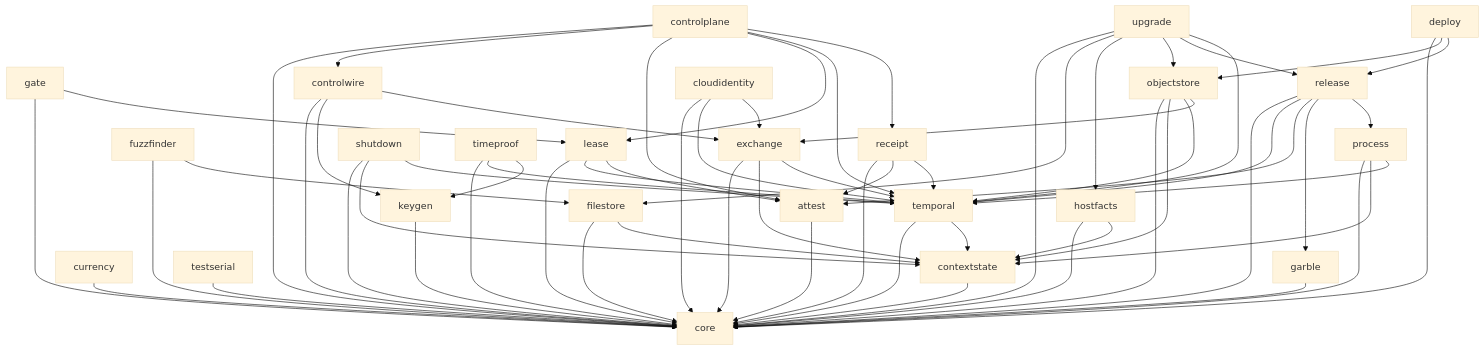
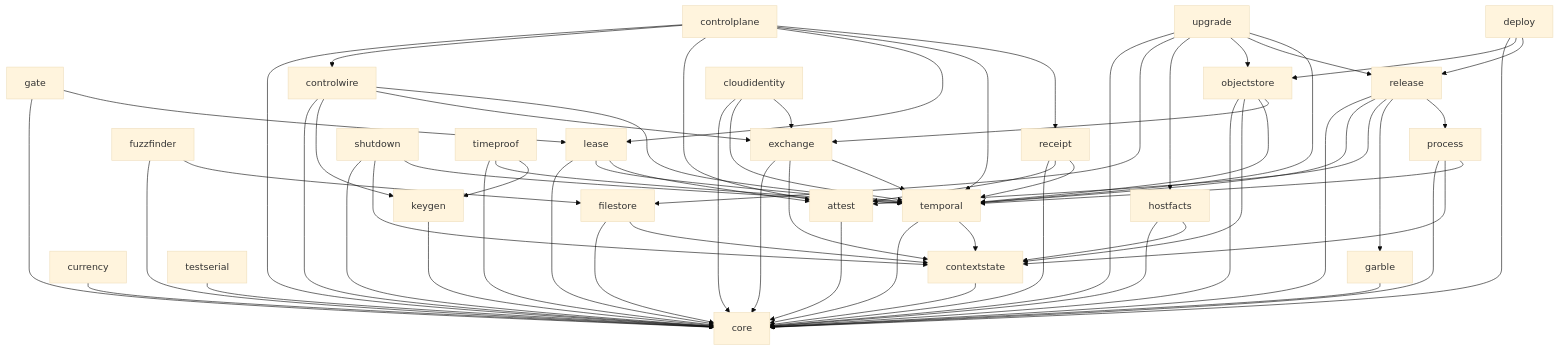
Before and after one commit to deliri/primitive: the diagram in README.md, drawn with Mermaid (base theme). The commit also changed 2 other files, not shown here.

Commit message:
core: declare the control wire's edge to temporal
b94ed49 gave controlwire the control exchange policy, whose bounds are
temporal.Duration values, and left the architecture graph saying
controlwire reaches only core, keygen, and exchange. The package tests
were green and the repository-wide graph in core was red, which is the
half nobody looks at when the change lands in the other package.

The edge is legitimate rather than tolerated: lease, receipt, and
controlplane all hold it, and controlwire already imports exchange,
whose operation policy is built from those exact duration types.

Declaring it means the admitted edge count, the purpose string, the
README graph, and the PLAN row all move together, because each is
audited against the catalog and none may drift alone.

````diff
--- a/README.md
+++ b/README.md
@@ -26,74 +26,75 @@
 ```mermaid
 flowchart TD
     core[core]
 
     attest[attest] --> core
     contextstate[contextstate] --> core
     currency[currency] --> core
     garble[garble] --> core
     keygen[keygen] --> core
     testserial[testserial] --> core
 
     filestore[filestore] --> core
     filestore --> contextstate
     hostfacts[hostfacts] --> core
     hostfacts --> contextstate
     temporal[temporal] --> core
     temporal --> contextstate
 
     exchange[exchange] --> core
     exchange --> contextstate
     exchange --> temporal
     fuzzfinder[fuzzfinder] --> core
     fuzzfinder --> filestore
     lease[lease] --> core
     lease --> temporal
     lease --> attest
     gate[gate] --> core
     gate --> lease
     receipt[receipt] --> core
     receipt --> attest
     receipt --> temporal
     controlwire[controlwire] --> core
     controlwire --> keygen
     controlwire --> exchange
+    controlwire --> temporal
     controlplane[controlplane] --> core
     controlplane --> controlwire
     controlplane --> attest
     controlplane --> lease
     controlplane --> temporal
     controlplane --> receipt
     process[process] --> core
     process --> contextstate
     process --> temporal
     release[release] --> core
     release --> temporal
     release --> attest
     release --> garble
     release --> process
     shutdown[shutdown] --> core
     shutdown --> contextstate
     shutdown --> temporal
 
     objectstore[objectstore] --> core
     objectstore --> contextstate
     objectstore --> temporal
     objectstore --> exchange
     timeproof[timeproof] --> core
     timeproof --> temporal
     timeproof --> keygen
     cloudidentity[cloudidentity] --> core
     cloudidentity --> temporal
     cloudidentity --> exchange
 
     deploy[deploy] --> core
     deploy --> objectstore
     deploy --> release
 
     upgrade[upgrade] --> core
     upgrade --> filestore
     upgrade --> hostfacts
     upgrade --> objectstore
     upgrade --> release
     upgrade --> temporal
 ```
````
